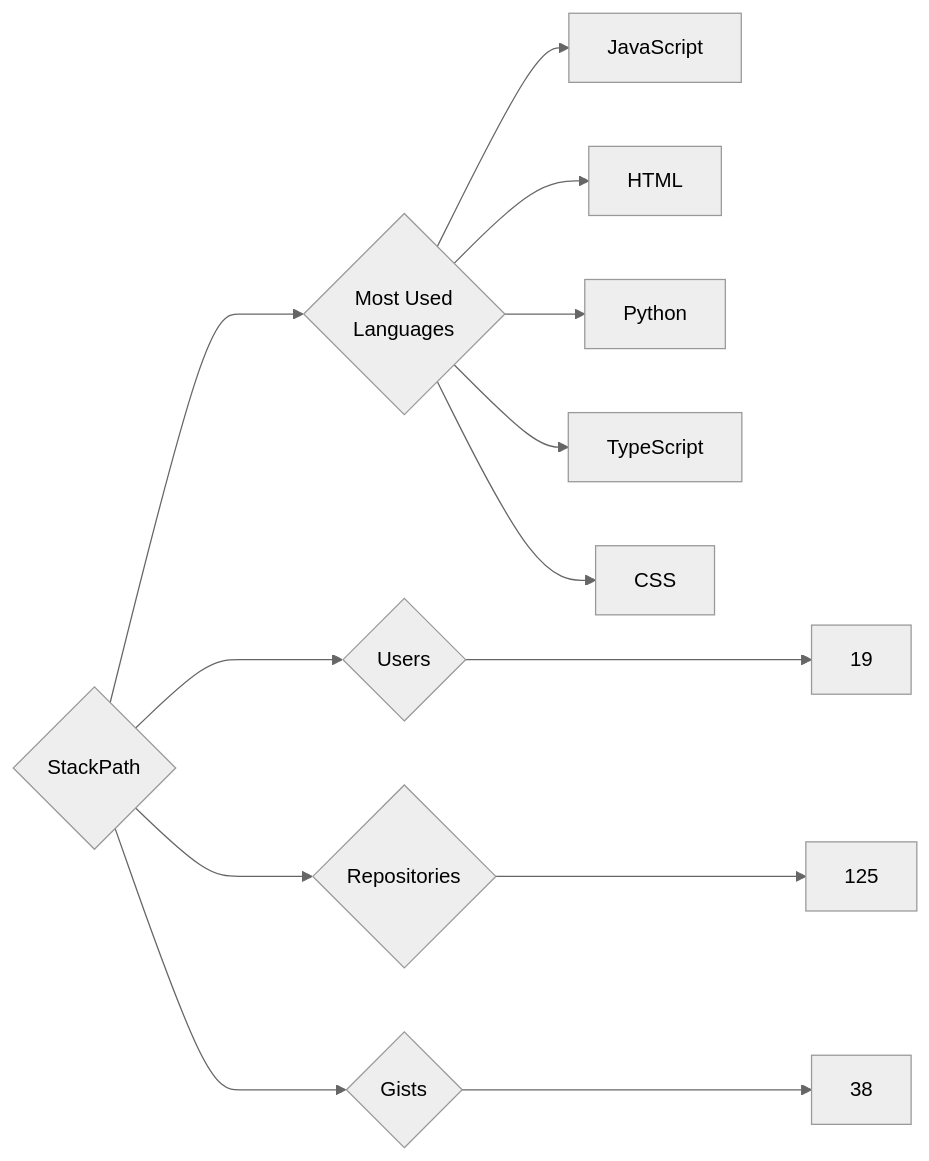
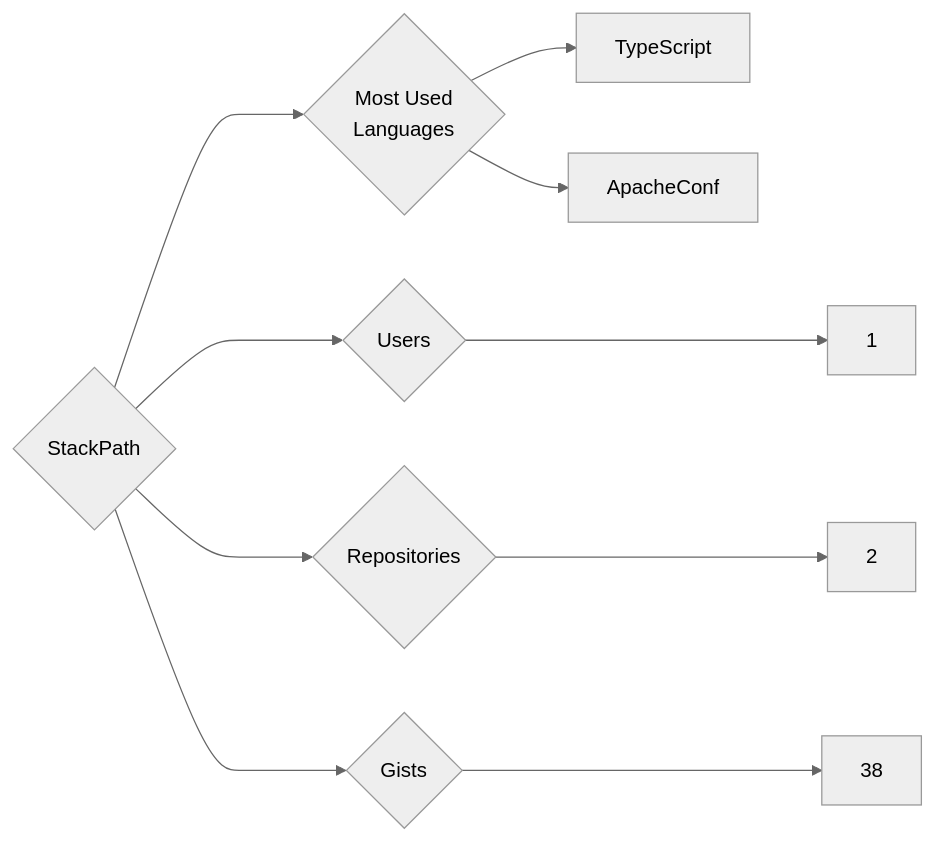
Before and after one commit to trickest/insiders: the diagram in targets/StackPath/README.md, drawn with Mermaid (neutral theme). The commit also changed 773 other files, not shown here.

````diff
--- a/targets/StackPath/README.md
+++ b/targets/StackPath/README.md
@@ -3,13 +3,10 @@
 ```mermaid
 graph LR
 COMPANY_NAME{StackPath}
-COMPANY_NAME ---> U{Users} ---> UN[19]
-COMPANY_NAME ---> R{Repositories} ---> RN[125]
+COMPANY_NAME ---> U{Users} ---> UN[1]
+COMPANY_NAME ---> R{Repositories} ---> RN[2]
 COMPANY_NAME ---> G{Gists} ---> GN[38]
 COMPANY_NAME ---> ML{Most Used<br>Languages}
-ML --> JavaScript[JavaScript]
-ML --> HTML[HTML]
-ML --> Python[Python]
 ML --> TypeScript[TypeScript]
-ML --> CSS[CSS]
+ML --> ApacheConf[ApacheConf]
 ```
````
